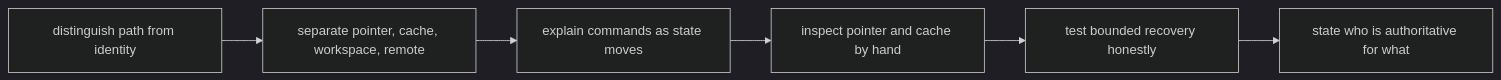
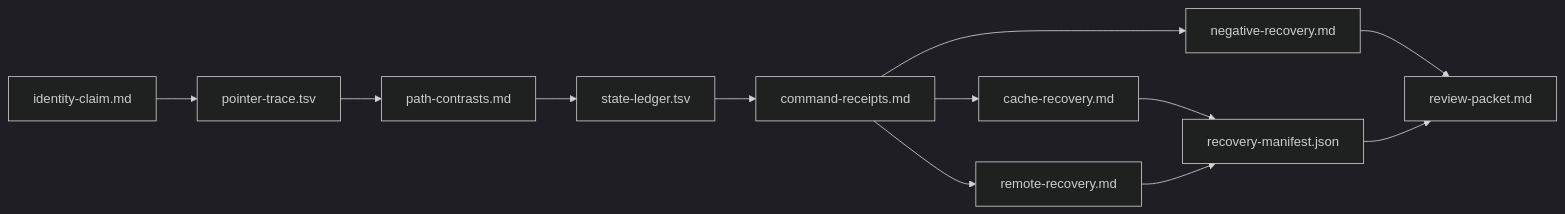
One commit to bijux/bijux-masterclass changed the third of 3 diagrams in programs/reproducible-research/deep-dive-dvc/course-book/module-02-data-identity-content-addressing/exercises.md. Above: the diagram before and after it, drawn with Mermaid (dark theme). The commit also changed other lines of this file, not shown here.

Commit message:
docs(dvc): make data identity practice evidence driven

````diff
--- a/programs/reproducible-research/deep-dive-dvc/course-book/module-02-data-identity-content-addressing/exercises.md
+++ b/programs/reproducible-research/deep-dive-dvc/course-book/module-02-data-identity-content-addressing/exercises.md
@@ -90,11 +295,14 @@
 ```mermaid
 flowchart LR
-  path["distinguish path from identity"]
-  layer["separate pointer, cache, workspace, remote"]
-  move["explain commands as state moves"]
-  inspect["inspect pointer and cache by hand"]
-  recover["test bounded recovery honestly"]
-  publish["state who is authoritative for what"]
-
-  path --> layer --> move --> inspect --> recover --> publish
+  claim["identity-claim.md"] --> pointer["pointer-trace.tsv"]
+  pointer --> contrasts["path-contrasts.md"]
+  contrasts --> ledger["state-ledger.tsv"]
+  ledger --> commands["command-receipts.md"]
+  commands --> cache["cache-recovery.md"]
+  commands --> remote["remote-recovery.md"]
+  commands --> negative["negative-recovery.md"]
+  cache --> manifest["recovery-manifest.json"]
+  remote --> manifest
+  negative --> review["review-packet.md"]
+  manifest --> review
 ```
````
